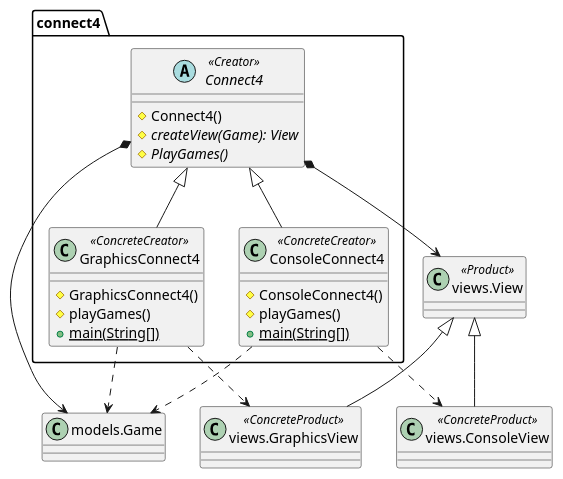
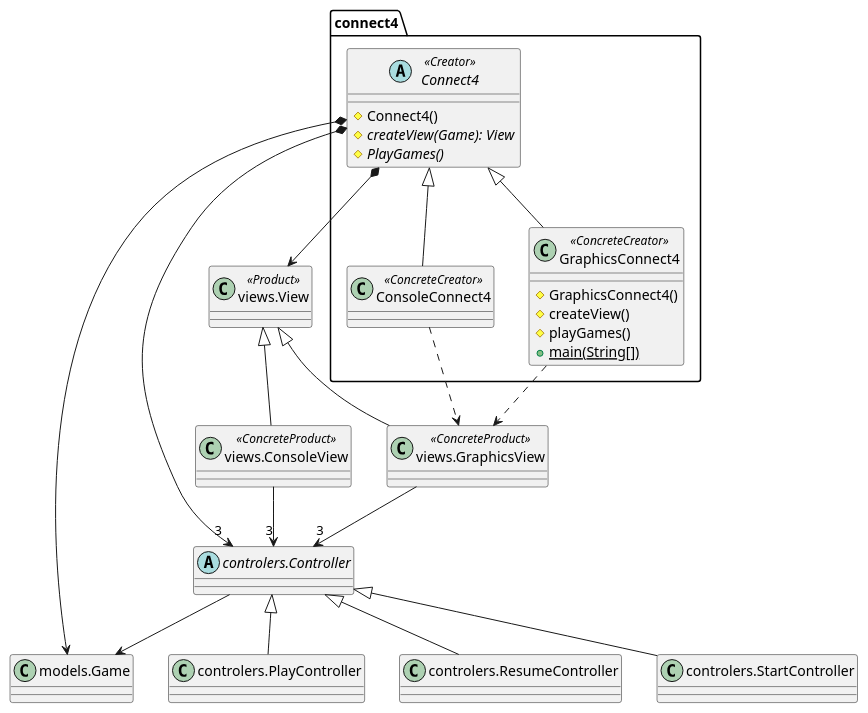
The diagram in connect4/Docs/diagrams/src/packages/connect4.connect4.plantuml (js-rom/connect4), drawn with PlantUML before and after one commit. The commit also changed 5 other files, not shown here.

Commit message:
docs(Graphics): update graphics class diagram

```diff
--- a/connect4/Docs/diagrams/src/packages/connect4.connect4.plantuml
+++ b/connect4/Docs/diagrams/src/packages/connect4.connect4.plantuml
@@ -1,36 +1,44 @@
 @startuml connect4.connect4
 
 abstract class connect4.Connect4 <<Creator>>
 class connect4.ConsoleConnect4 <<ConcreteCreator>>
 class connect4.GraphicsConnect4 <<ConcreteCreator>>
 class Game as "models.Game"
+abstract class Controller as "controlers.Controller"
+class StartController as "controlers.StartController"
+class PlayController as "controlers.PlayController"
+class ResumeController as "controlers.ResumeController"
 class ConsoleView as "views.ConsoleView" <<ConcreteProduct>>
 class GraphicsView as "views.GraphicsView" <<ConcreteProduct>>
 class View as "views.View" <<Product>>
 
 Connect4 <|-- ConsoleConnect4
 Connect4 <|-- GraphicsConnect4
+Connect4 *--> Game
+Connect4 *--> "3" Controller
 Connect4 *--> View
-Connect4 *--> Game
 
-ConsoleConnect4 ..> ConsoleView
 GraphicsConnect4 ..> GraphicsView
-ConsoleConnect4 ..> Game
-GraphicsConnect4 ..> Game
+GraphicsView --> "3" Controller
+
+ConsoleConnect4 ..> GraphicsView
+ConsoleView --> "3" Controller
+
+Controller --> Game
+Controller <|-- StartController
+Controller <|-- PlayController
+Controller <|-- ResumeController
 
 View <|-- ConsoleView
 View <|-- GraphicsView
 
 Connect4 : #Connect4()
 Connect4 : {abstract}#createView(Game): View
 Connect4 : {abstract}#PlayGames()
 
-ConsoleConnect4 : #ConsoleConnect4()
-ConsoleConnect4 : #playGames()
-ConsoleConnect4 : {static}+main(String[])
-
 GraphicsConnect4 : #GraphicsConnect4()
+GraphicsConnect4 : #createView()
 GraphicsConnect4 : #playGames()
 GraphicsConnect4 : {static}+main(String[])
 
 @enduml
```
